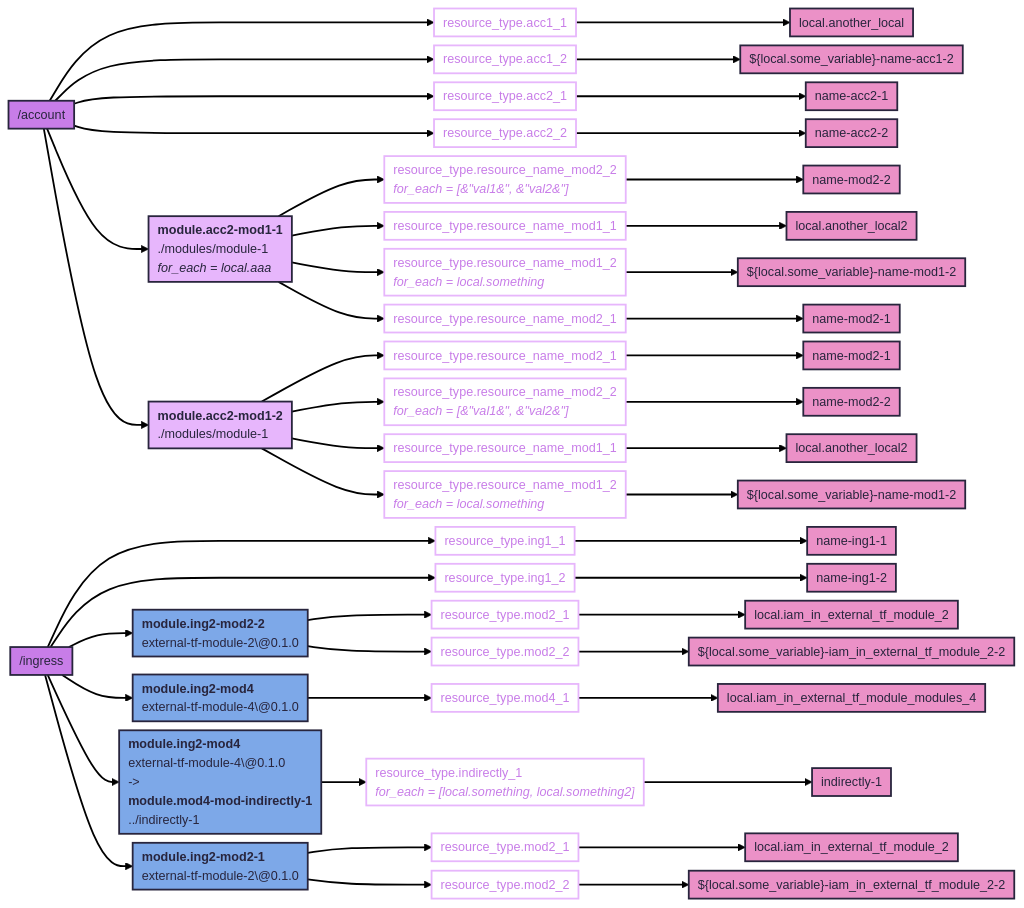
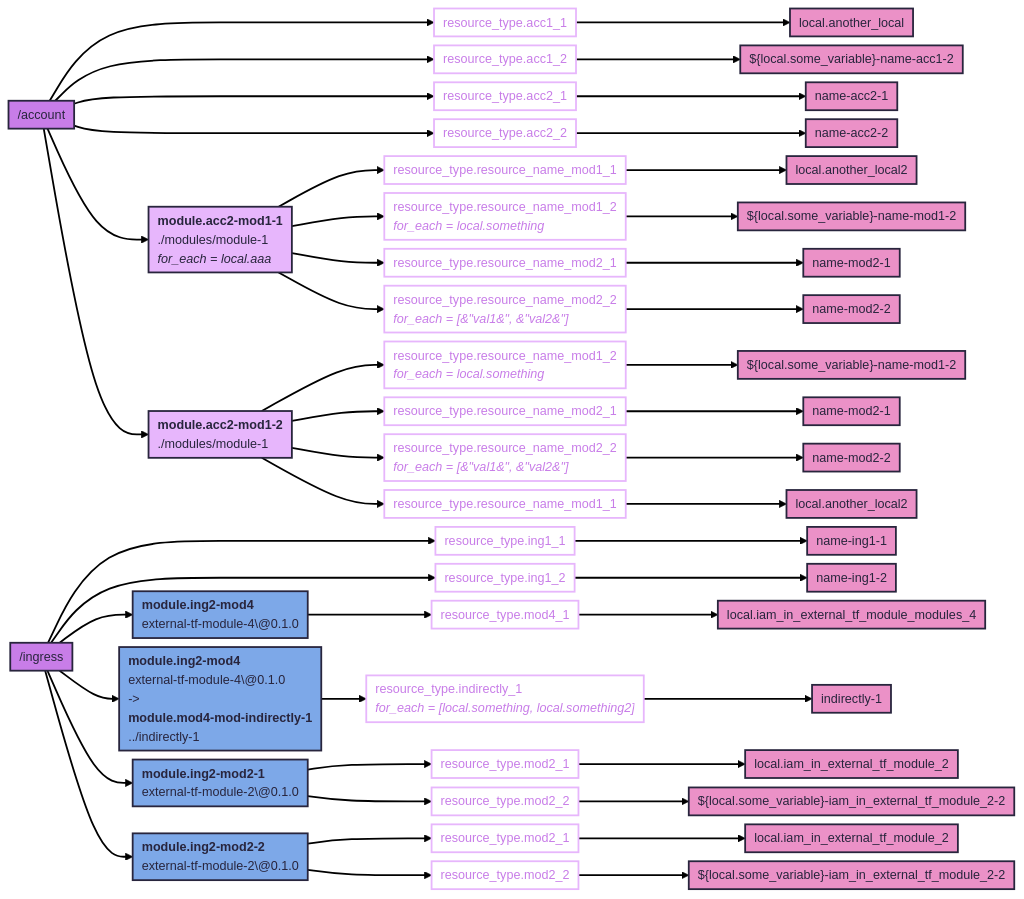
The diagram in output.mmd (keenbytes/tfsketch), drawn with Mermaid before and after one commit. The commit also changed 3 other files, not shown here.

```diff
--- a/output.mmd
+++ b/output.mmd
@@ -1,41 +1,41 @@
 ---
 config:
   theme: redux
   flowchart:
     diagramPadding: 5
     padding: 5
     nodeSpacing: 10
     wrappingWidth: 700
 ---
 flowchart LR
   classDef tf-path fill:#c87de8
   classDef tf-resource-name stroke:#e7b6fc,color:#c87de8,text-align:left
   classDef tf-int-mod fill:#e7b6fc,text-align:left
   classDef tf-ext-mod fill:#7da8e8,text-align:left
   classDef tf-resource-field-name fill:#eb91c7
-  account["/account"]:::tf-path ---> account___acc11["resource_type.acc1_1"]:::tf-resource-name --> account___acc11___FieldName["local.another_local"]:::tf-resource-field-name
-  account["/account"]:::tf-path ---> account___acc12["resource_type.acc1_2"]:::tf-resource-name --> account___acc12___FieldName["${local.some_variable}-name-acc1-2"]:::tf-resource-field-name
-  account["/account"]:::tf-path ---> account___acc21["resource_type.acc2_1"]:::tf-resource-name --> account___acc21___FieldName["name-acc2-1"]:::tf-resource-field-name
-  account["/account"]:::tf-path ---> account___acc22["resource_type.acc2_2"]:::tf-resource-name --> account___acc22___FieldName["name-acc2-2"]:::tf-resource-field-name
-  account["/account"]:::tf-path --> account___mod___accountmodulesmodule1___acc2mod11["<b>module.acc2-mod1-1</b><br>./modules/module-1<br><i>for_each = local.aaa</i>"]:::tf-int-mod
-  account___mod___accountmodulesmodule1___acc2mod11 --> account___mod___accountmodulesmodule1___acc2mod11___resourcenamemod22["resource_type.resource_name_mod2_2<br><i>for_each = [&#34;val1&#34;, &#34;val2&#34;]</i>"]:::tf-resource-name --> account___mod___accountmodulesmodule1___acc2mod11___resourcenamemod22___FieldName["name-mod2-2"]:::tf-resource-field-name
-  account___mod___accountmodulesmodule1___acc2mod11 --> account___mod___accountmodulesmodule1___acc2mod11___resourcenamemod11["resource_type.resource_name_mod1_1"]:::tf-resource-name --> account___mod___accountmodulesmodule1___acc2mod11___resourcenamemod11___FieldName["local.another_local2"]:::tf-resource-field-name
-  account___mod___accountmodulesmodule1___acc2mod11 --> account___mod___accountmodulesmodule1___acc2mod11___resourcenamemod12["resource_type.resource_name_mod1_2<br><i>for_each = local.something</i>"]:::tf-resource-name --> account___mod___accountmodulesmodule1___acc2mod11___resourcenamemod12___FieldName["${local.some_variable}-name-mod1-2"]:::tf-resource-field-name
-  account___mod___accountmodulesmodule1___acc2mod11 --> account___mod___accountmodulesmodule1___acc2mod11___resourcenamemod21["resource_type.resource_name_mod2_1"]:::tf-resource-name --> account___mod___accountmodulesmodule1___acc2mod11___resourcenamemod21___FieldName["name-mod2-1"]:::tf-resource-field-name
-  account["/account"]:::tf-path --> account___mod___accountmodulesmodule1___acc2mod12["<b>module.acc2-mod1-2</b><br>./modules/module-1"]:::tf-int-mod
-  account___mod___accountmodulesmodule1___acc2mod12 --> account___mod___accountmodulesmodule1___acc2mod12___resourcenamemod21["resource_type.resource_name_mod2_1"]:::tf-resource-name --> account___mod___accountmodulesmodule1___acc2mod12___resourcenamemod21___FieldName["name-mod2-1"]:::tf-resource-field-name
-  account___mod___accountmodulesmodule1___acc2mod12 --> account___mod___accountmodulesmodule1___acc2mod12___resourcenamemod22["resource_type.resource_name_mod2_2<br><i>for_each = [&#34;val1&#34;, &#34;val2&#34;]</i>"]:::tf-resource-name --> account___mod___accountmodulesmodule1___acc2mod12___resourcenamemod22___FieldName["name-mod2-2"]:::tf-resource-field-name
-  account___mod___accountmodulesmodule1___acc2mod12 --> account___mod___accountmodulesmodule1___acc2mod12___resourcenamemod11["resource_type.resource_name_mod1_1"]:::tf-resource-name --> account___mod___accountmodulesmodule1___acc2mod12___resourcenamemod11___FieldName["local.another_local2"]:::tf-resource-field-name
-  account___mod___accountmodulesmodule1___acc2mod12 --> account___mod___accountmodulesmodule1___acc2mod12___resourcenamemod12["resource_type.resource_name_mod1_2<br><i>for_each = local.something</i>"]:::tf-resource-name --> account___mod___accountmodulesmodule1___acc2mod12___resourcenamemod12___FieldName["${local.some_variable}-name-mod1-2"]:::tf-resource-field-name
-  ingress["/ingress"]:::tf-path ---> ingress___ing11["resource_type.ing1_1"]:::tf-resource-name --> ingress___ing11___FieldName["name-ing1-1"]:::tf-resource-field-name
-  ingress["/ingress"]:::tf-path ---> ingress___ing12["resource_type.ing1_2"]:::tf-resource-name --> ingress___ing12___FieldName["name-ing1-2"]:::tf-resource-field-name
-  ingress["/ingress"]:::tf-path --> ingress___mod___root___ing2mod22["<b>module.ing2-mod2-2</b><br>external-tf-module-2\@0.1.0"]:::tf-ext-mod
-  ingress___mod___root___ing2mod22 --> ingress___mod___root___ing2mod22___mod21["resource_type.mod2_1"]:::tf-resource-name --> ingress___mod___root___ing2mod22___mod21___FieldName["local.iam_in_external_tf_module_2"]:::tf-resource-field-name
-  ingress___mod___root___ing2mod22 --> ingress___mod___root___ing2mod22___mod22["resource_type.mod2_2"]:::tf-resource-name --> ingress___mod___root___ing2mod22___mod22___FieldName["${local.some_variable}-iam_in_external_tf_module_2-2"]:::tf-resource-field-name
-  ingress["/ingress"]:::tf-path --> ingress___mod___root___ing2mod4["<b>module.ing2-mod4</b><br>external-tf-module-4\@0.1.0"]:::tf-ext-mod
-  ingress___mod___root___ing2mod4 --> ingress___mod___root___ing2mod4___mod41["resource_type.mod4_1"]:::tf-resource-name --> ingress___mod___root___ing2mod4___mod41___FieldName["local.iam_in_external_tf_module_modules_4"]:::tf-resource-field-name
-  ingress["/ingress"]:::tf-path --> ingress___mod___root___ing2mod4___mod4modindirectly1["<b>module.ing2-mod4</b><br>external-tf-module-4\@0.1.0<br>-&gt;<br><b>module.mod4-mod-indirectly-1</b><br>../indirectly-1"]:::tf-ext-mod
-  ingress___mod___root___ing2mod4___mod4modindirectly1 --> ingress___mod___root___ing2mod4___mod4modindirectly1___indirectly1["resource_type.indirectly_1<br><i>for_each = [local.something, local.something2]</i>"]:::tf-resource-name --> ingress___mod___root___ing2mod4___mod4modindirectly1___indirectly1___FieldName["indirectly-1"]:::tf-resource-field-name
-  ingress["/ingress"]:::tf-path --> ingress___mod___root___ing2mod21["<b>module.ing2-mod2-1</b><br>external-tf-module-2\@0.1.0"]:::tf-ext-mod
-  ingress___mod___root___ing2mod21 --> ingress___mod___root___ing2mod21___mod21["resource_type.mod2_1"]:::tf-resource-name --> ingress___mod___root___ing2mod21___mod21___FieldName["local.iam_in_external_tf_module_2"]:::tf-resource-field-name
-  ingress___mod___root___ing2mod21 --> ingress___mod___root___ing2mod21___mod22["resource_type.mod2_2"]:::tf-resource-name --> ingress___mod___root___ing2mod21___mod22___FieldName["${local.some_variable}-iam_in_external_tf_module_2-2"]:::tf-resource-field-name
+  account["/account"]:::tf-path ---> account__acc11["resource_type.acc1_1"]:::tf-resource-name --> account__acc11_FieldName["local.another_local"]:::tf-resource-field-name
+  account["/account"]:::tf-path ---> account__acc12["resource_type.acc1_2"]:::tf-resource-name --> account__acc12_FieldName["${local.some_variable}-name-acc1-2"]:::tf-resource-field-name
+  account["/account"]:::tf-path ---> account__acc21["resource_type.acc2_1"]:::tf-resource-name --> account__acc21_FieldName["name-acc2-1"]:::tf-resource-field-name
+  account["/account"]:::tf-path ---> account__acc22["resource_type.acc2_2"]:::tf-resource-name --> account__acc22_FieldName["name-acc2-2"]:::tf-resource-field-name
+  account["/account"]:::tf-path --> account__accountmodulesmodule1_acc2mod11["<b>module.acc2-mod1-1</b><br>./modules/module-1<br><i>for_each = local.aaa</i>"]:::tf-int-mod
+  account__accountmodulesmodule1_acc2mod11 --> account__accountmodulesmodule1_acc2mod11__resourcenamemod11["resource_type.resource_name_mod1_1"]:::tf-resource-name --> account__accountmodulesmodule1_acc2mod11__resourcenamemod11_FieldName["local.another_local2"]:::tf-resource-field-name
+  account__accountmodulesmodule1_acc2mod11 --> account__accountmodulesmodule1_acc2mod11__resourcenamemod12["resource_type.resource_name_mod1_2<br><i>for_each = local.something</i>"]:::tf-resource-name --> account__accountmodulesmodule1_acc2mod11__resourcenamemod12_FieldName["${local.some_variable}-name-mod1-2"]:::tf-resource-field-name
+  account__accountmodulesmodule1_acc2mod11 --> account__accountmodulesmodule1_acc2mod11__resourcenamemod21["resource_type.resource_name_mod2_1"]:::tf-resource-name --> account__accountmodulesmodule1_acc2mod11__resourcenamemod21_FieldName["name-mod2-1"]:::tf-resource-field-name
+  account__accountmodulesmodule1_acc2mod11 --> account__accountmodulesmodule1_acc2mod11__resourcenamemod22["resource_type.resource_name_mod2_2<br><i>for_each = [&#34;val1&#34;, &#34;val2&#34;]</i>"]:::tf-resource-name --> account__accountmodulesmodule1_acc2mod11__resourcenamemod22_FieldName["name-mod2-2"]:::tf-resource-field-name
+  account["/account"]:::tf-path --> account__accountmodulesmodule1_acc2mod12["<b>module.acc2-mod1-2</b><br>./modules/module-1"]:::tf-int-mod
+  account__accountmodulesmodule1_acc2mod12 --> account__accountmodulesmodule1_acc2mod12__resourcenamemod12["resource_type.resource_name_mod1_2<br><i>for_each = local.something</i>"]:::tf-resource-name --> account__accountmodulesmodule1_acc2mod12__resourcenamemod12_FieldName["${local.some_variable}-name-mod1-2"]:::tf-resource-field-name
+  account__accountmodulesmodule1_acc2mod12 --> account__accountmodulesmodule1_acc2mod12__resourcenamemod21["resource_type.resource_name_mod2_1"]:::tf-resource-name --> account__accountmodulesmodule1_acc2mod12__resourcenamemod21_FieldName["name-mod2-1"]:::tf-resource-field-name
+  account__accountmodulesmodule1_acc2mod12 --> account__accountmodulesmodule1_acc2mod12__resourcenamemod22["resource_type.resource_name_mod2_2<br><i>for_each = [&#34;val1&#34;, &#34;val2&#34;]</i>"]:::tf-resource-name --> account__accountmodulesmodule1_acc2mod12__resourcenamemod22_FieldName["name-mod2-2"]:::tf-resource-field-name
+  account__accountmodulesmodule1_acc2mod12 --> account__accountmodulesmodule1_acc2mod12__resourcenamemod11["resource_type.resource_name_mod1_1"]:::tf-resource-name --> account__accountmodulesmodule1_acc2mod12__resourcenamemod11_FieldName["local.another_local2"]:::tf-resource-field-name
+  ingress["/ingress"]:::tf-path ---> ingress__ing11["resource_type.ing1_1"]:::tf-resource-name --> ingress__ing11_FieldName["name-ing1-1"]:::tf-resource-field-name
+  ingress["/ingress"]:::tf-path ---> ingress__ing12["resource_type.ing1_2"]:::tf-resource-name --> ingress__ing12_FieldName["name-ing1-2"]:::tf-resource-field-name
+  ingress["/ingress"]:::tf-path --> ingress__root_ing2mod4["<b>module.ing2-mod4</b><br>external-tf-module-4\@0.1.0"]:::tf-ext-mod
+  ingress__root_ing2mod4 --> ingress__root_ing2mod4__mod41["resource_type.mod4_1"]:::tf-resource-name --> ingress__root_ing2mod4__mod41_FieldName["local.iam_in_external_tf_module_modules_4"]:::tf-resource-field-name
+  ingress["/ingress"]:::tf-path --> ingress__root_ing2mod4__mod4modindirectly1["<b>module.ing2-mod4</b><br>external-tf-module-4\@0.1.0<br>-&gt;<br><b>module.mod4-mod-indirectly-1</b><br>../indirectly-1"]:::tf-ext-mod
+  ingress__root_ing2mod4__mod4modindirectly1 --> ingress__root_ing2mod4__mod4modindirectly1__indirectly1["resource_type.indirectly_1<br><i>for_each = [local.something, local.something2]</i>"]:::tf-resource-name --> ingress__root_ing2mod4__mod4modindirectly1__indirectly1_FieldName["indirectly-1"]:::tf-resource-field-name
+  ingress["/ingress"]:::tf-path --> ingress__root_ing2mod21["<b>module.ing2-mod2-1</b><br>external-tf-module-2\@0.1.0"]:::tf-ext-mod
+  ingress__root_ing2mod21 --> ingress__root_ing2mod21__mod21["resource_type.mod2_1"]:::tf-resource-name --> ingress__root_ing2mod21__mod21_FieldName["local.iam_in_external_tf_module_2"]:::tf-resource-field-name
+  ingress__root_ing2mod21 --> ingress__root_ing2mod21__mod22["resource_type.mod2_2"]:::tf-resource-name --> ingress__root_ing2mod21__mod22_FieldName["${local.some_variable}-iam_in_external_tf_module_2-2"]:::tf-resource-field-name
+  ingress["/ingress"]:::tf-path --> ingress__root_ing2mod22["<b>module.ing2-mod2-2</b><br>external-tf-module-2\@0.1.0"]:::tf-ext-mod
+  ingress__root_ing2mod22 --> ingress__root_ing2mod22__mod21["resource_type.mod2_1"]:::tf-resource-name --> ingress__root_ing2mod22__mod21_FieldName["local.iam_in_external_tf_module_2"]:::tf-resource-field-name
+  ingress__root_ing2mod22 --> ingress__root_ing2mod22__mod22["resource_type.mod2_2"]:::tf-resource-name --> ingress__root_ing2mod22__mod22_FieldName["${local.some_variable}-iam_in_external_tf_module_2-2"]:::tf-resource-field-name
```
